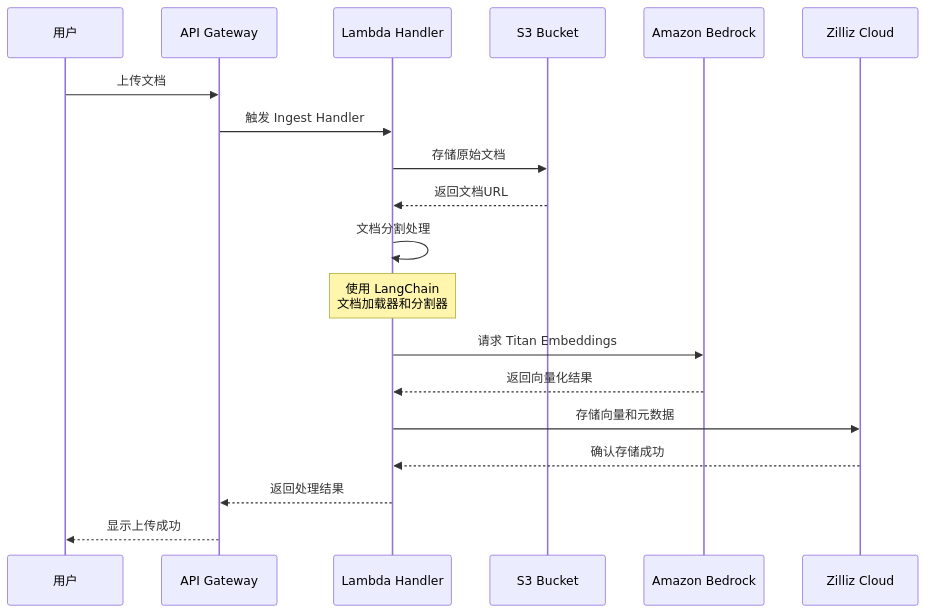
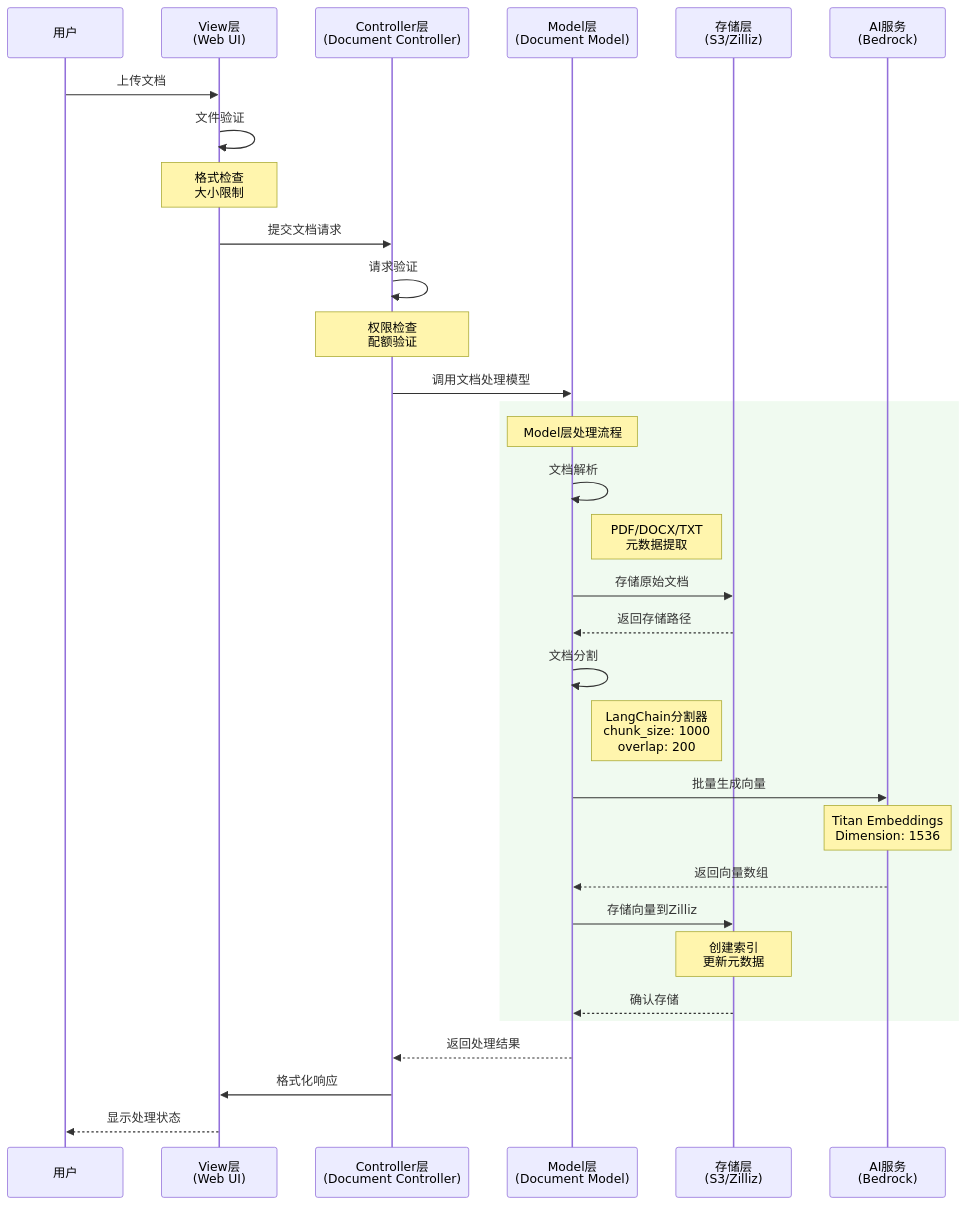
The second of 5 diagrams in README.md (yincma/AWS-zilliz-RAG), drawn with Mermaid before and after one commit. The commit also changed other lines of this file and 1 other file, not shown here.

````diff
--- a/README.md
+++ b/README.md
@@ -82,26 +116,43 @@
 ```mermaid
 sequenceDiagram
     participant User as 用户
-    participant API as API Gateway
-    participant Lambda as Lambda Handler
-    participant S3 as S3 Bucket
-    participant Bedrock as Amazon Bedrock
-    participant Zilliz as Zilliz Cloud
+    participant View as View层<br/>(Web UI)
+    participant Controller as Controller层<br/>(Document Controller)
+    participant Model as Model层<br/>(Document Model)
+    participant Storage as 存储层<br/>(S3/Zilliz)
+    participant AI as AI服务<br/>(Bedrock)
     
-    User->>API: 上传文档
-    API->>Lambda: 触发 Ingest Handler
-    Lambda->>S3: 存储原始文档
-    S3-->>Lambda: 返回文档URL
+    User->>View: 上传文档
+    View->>View: 文件验证
+    Note over View: 格式检查<br/>大小限制
     
-    Lambda->>Lambda: 文档分割处理
-    Note over Lambda: 使用 LangChain<br/>文档加载器和分割器
+    View->>Controller: 提交文档请求
+    Controller->>Controller: 请求验证
+    Note over Controller: 权限检查<br/>配额验证
     
-    Lambda->>Bedrock: 请求 Titan Embeddings
-    Bedrock-->>Lambda: 返回向量化结果
+    Controller->>Model: 调用文档处理模型
     
-    Lambda->>Zilliz: 存储向量和元数据
-    Zilliz-->>Lambda: 确认存储成功
+    rect rgb(240, 250, 240)
+        Note over Model: Model层处理流程
+        Model->>Model: 文档解析
+        Note right of Model: PDF/DOCX/TXT<br/>元数据提取
+        
+        Model->>Storage: 存储原始文档
+        Storage-->>Model: 返回存储路径
+        
+        Model->>Model: 文档分割
+        Note right of Model: LangChain分割器<br/>chunk_size: 1000<br/>overlap: 200
+        
+        Model->>AI: 批量生成向量
+        Note over AI: Titan Embeddings<br/>Dimension: 1536
+        AI-->>Model: 返回向量数组
+        
+        Model->>Storage: 存储向量到Zilliz
+        Note over Storage: 创建索引<br/>更新元数据
+        Storage-->>Model: 确认存储
+    end
     
-    Lambda-->>API: 返回处理结果
-    API-->>User: 显示上传成功
+    Model-->>Controller: 返回处理结果
+    Controller->>View: 格式化响应
+    View-->>User: 显示处理状态
 ```
````
